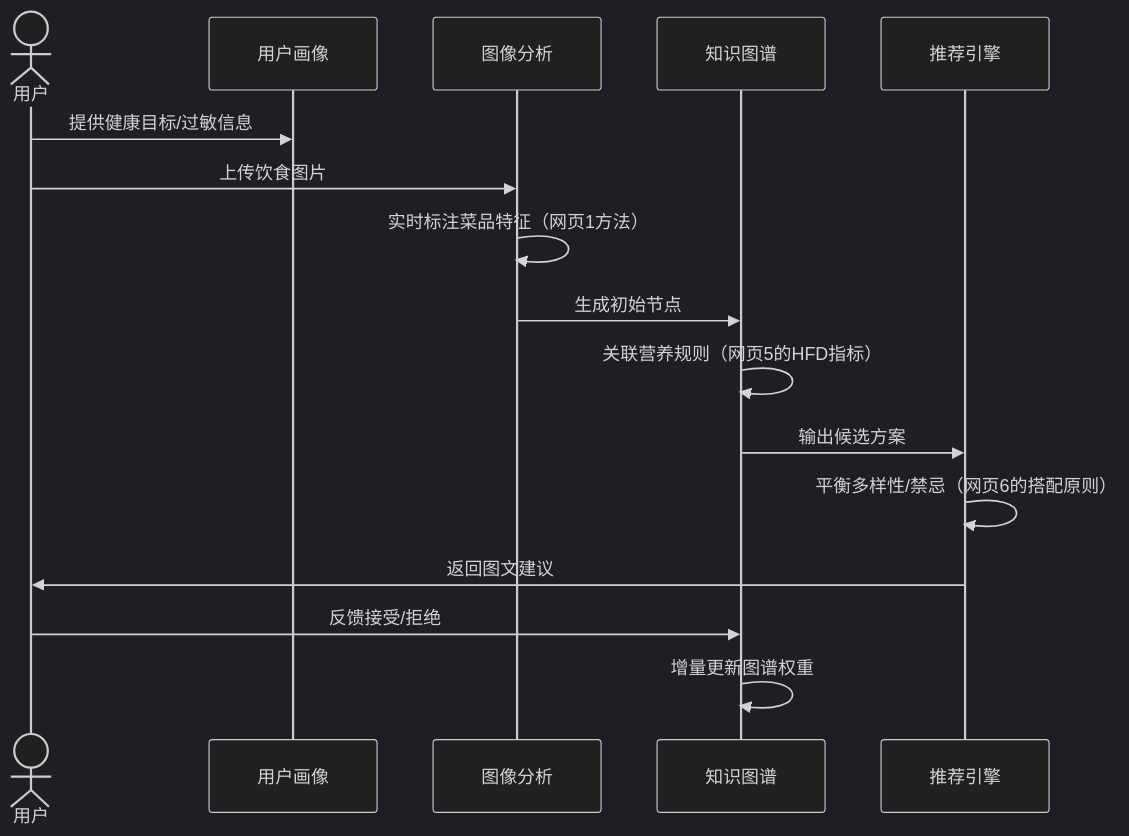
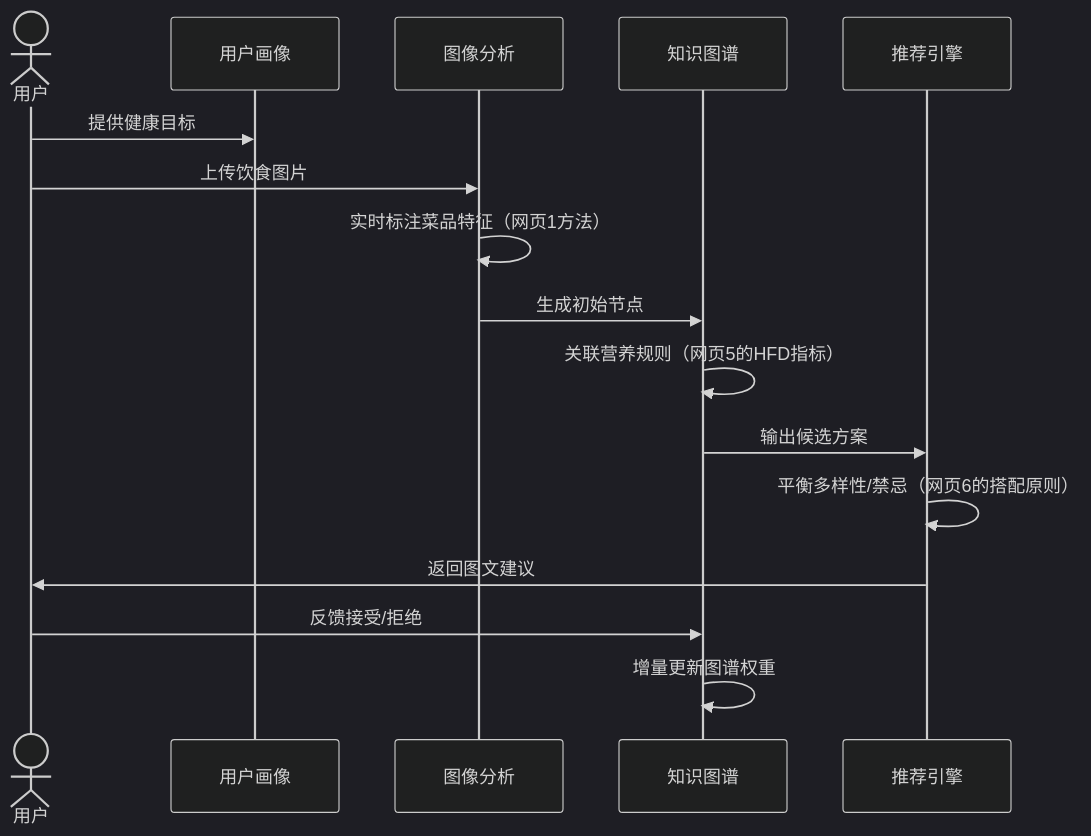
One commit to funnyData/iodraw-files changed the diagram in all/未命名-1.md. Above: the diagram before and after it, drawn with Mermaid (dark theme).

Commit message:
2025-03-19 16:27:47 update

````diff
--- a/all/未命名-1.md
+++ b/all/未命名-1.md
@@ -1,20 +1,20 @@
 ```mermaid
 %% 数据流图（基于网页1/2/5的时序图语法优化）
 sequenceDiagram
     actor User as 用户
     participant UP as 用户画像
     participant IA as 图像分析
     participant KG as 知识图谱
     participant RM as 推荐引擎
 
-    User->>UP: 提供健康目标/过敏信息
+    User->>UP: 提供健康目标
     User->>IA: 上传饮食图片
     IA->>IA: 实时标注菜品特征（网页1方法）
     IA->>KG: 生成初始节点
     KG->>KG: 关联营养规则（网页5的HFD指标）
     KG->>RM: 输出候选方案
     RM->>RM: 平衡多样性/禁忌（网页6的搭配原则）
     RM->>User: 返回图文建议
     User->>KG: 反馈接受/拒绝
     KG->>KG: 增量更新图谱权重
 ```
````
